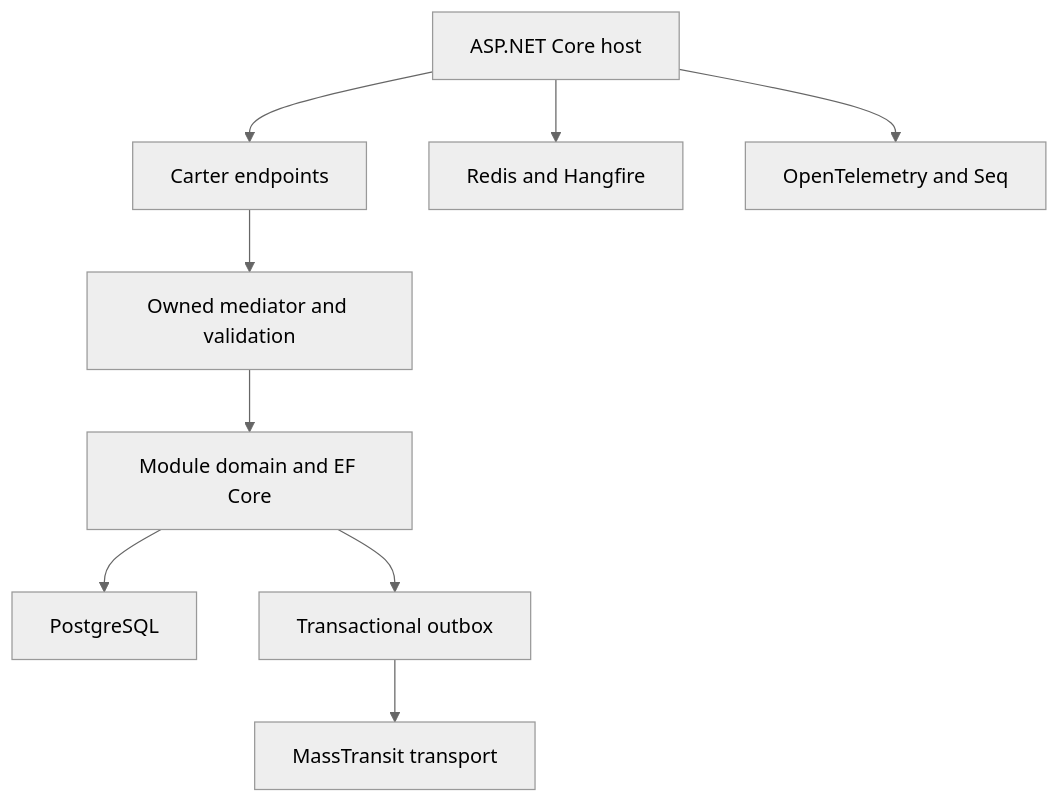
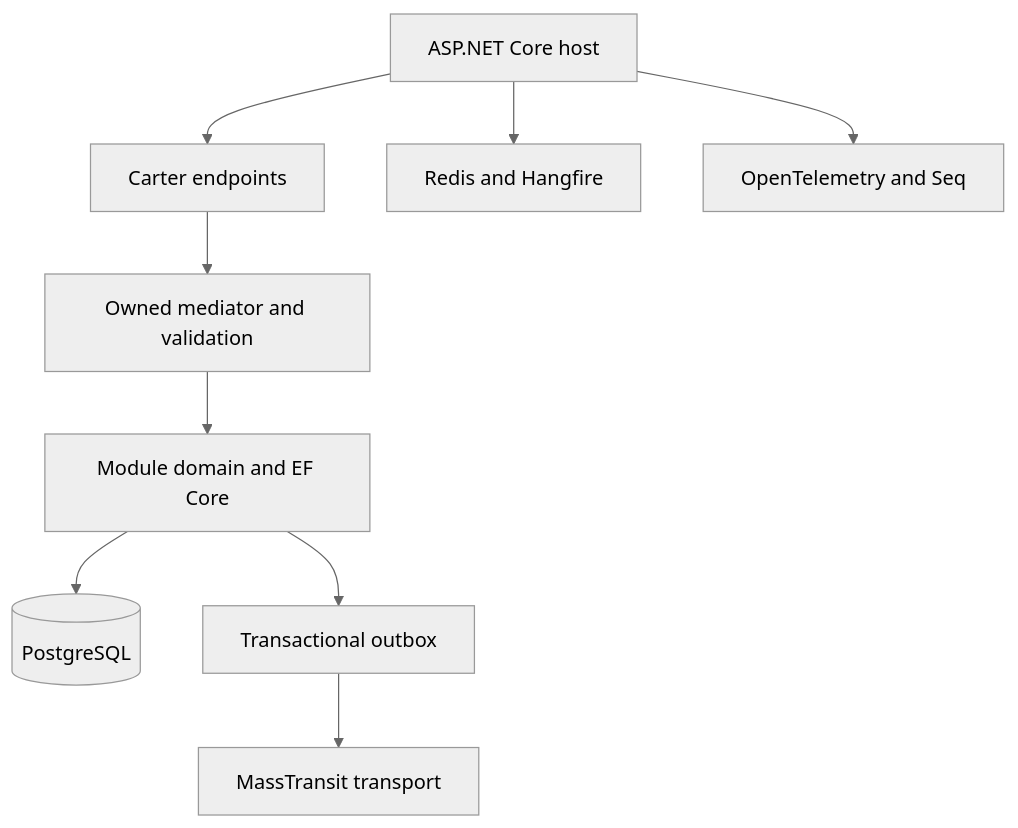
The diagram in wiki/Architecture/TechnologyStack.md (mhasabalah/StarterKit), drawn with Mermaid (neutral theme) before and after one commit. The commit also changed 152 other files, not shown here.

Commit message:
feat(docs): add Fumadocs V2 and standardize diagrams

````diff
--- a/wiki/Architecture/TechnologyStack.md
+++ b/wiki/Architecture/TechnologyStack.md
@@ -17,11 +17,18 @@
 ```mermaid
 flowchart TB
+  accTitle: How it works
+  accDescr: Shared infrastructure supports the modules while contracts and adapters contain library-specific dependencies.
   H[ASP.NET Core host] --> A[Carter endpoints]
   A --> M[Owned mediator and validation]
   M --> D[Module domain and EF Core]
-  D --> P[PostgreSQL]
+  D --> P[(PostgreSQL)]
   D --> O[Transactional outbox]
   O --> B[MassTransit transport]
   H --> R[Redis and Hangfire]
   H --> T[OpenTelemetry and Seq]
+  class H,A api
+  class M application
+  class D,R,T infrastructure
+  class P data
+  class O,B event
 ```
````
